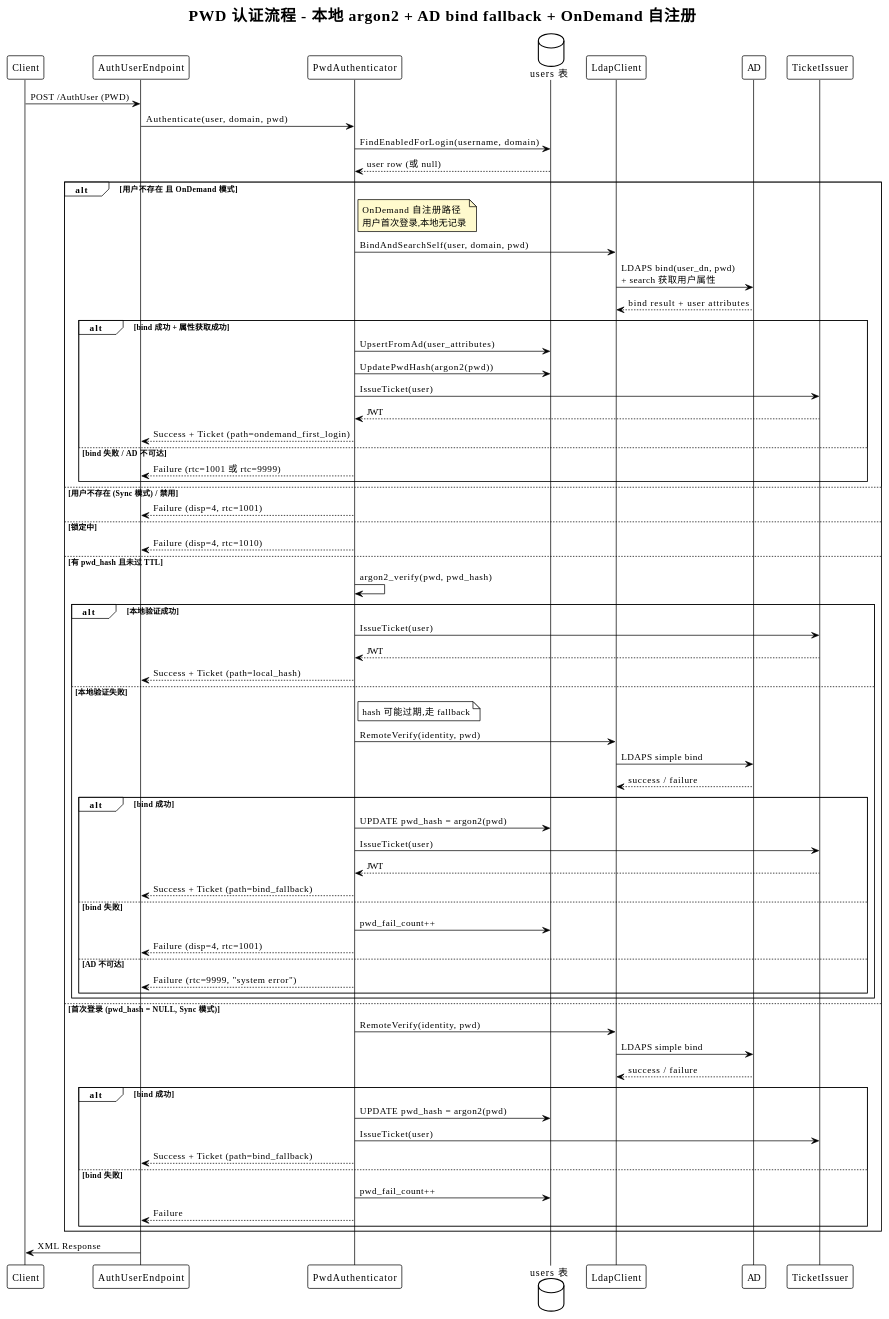
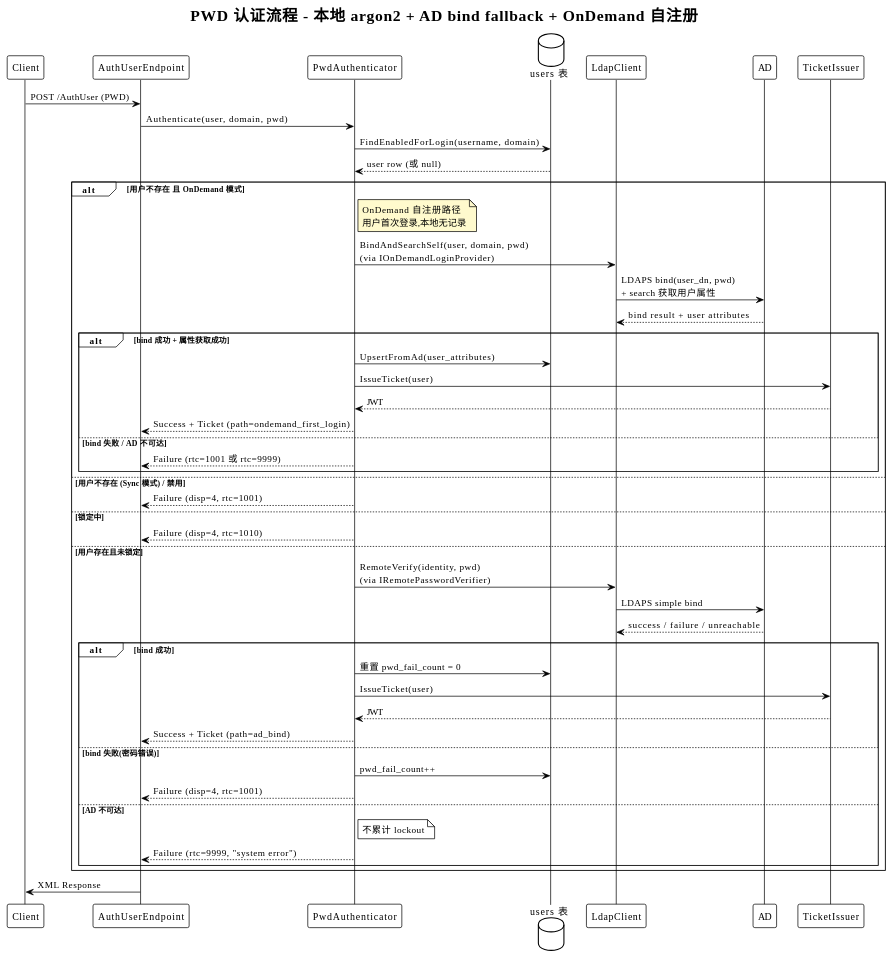
The second of 4 diagrams in ImprivataProxy/designdoc/LDAP.md (shamexln/ldap), drawn with PlantUML before and after one commit. The commit also changed other lines of this file and 39 other files, not shown here.

First line of the commit message:
refactor: remove password hash from local DB, pure AD on-demand auth

````diff
--- a/ImprivataProxy/designdoc/LDAP.md
+++ b/ImprivataProxy/designdoc/LDAP.md
@@ -318,81 +319,61 @@
 ```plantuml
 @startuml pwd-flow
 !theme plain
 title PWD 认证流程 - 本地 argon2 + AD bind fallback + OnDemand 自注册
 
 skinparam backgroundColor white
 skinparam shadowing false
 
 participant "Client" as C
 participant "AuthUserEndpoint" as E
 participant "PwdAuthenticator" as A
 database "users 表" as DB
 participant "LdapClient" as L
 participant "AD" as AD
 participant "TicketIssuer" as T
 
 C -> E : POST /AuthUser (PWD)
 E -> A : Authenticate(user, domain, pwd)
 
 A -> DB : FindEnabledForLogin(username, domain)
 DB --> A : user row (或 null)
 
 alt 用户不存在 且 OnDemand 模式
   note right of A #FFFACD: OnDemand 自注册路径\n用户首次登录,本地无记录
-  A -> L : BindAndSearchSelf(user, domain, pwd)
+  A -> L : BindAndSearchSelf(user, domain, pwd)\n(via IOnDemandLoginProvider)
   L -> AD : LDAPS bind(user_dn, pwd)\n+ search 获取用户属性
   AD --> L : bind result + user attributes
   alt bind 成功 + 属性获取成功
     A -> DB : UpsertFromAd(user_attributes)
-    A -> DB : UpdatePwdHash(argon2(pwd))
     A -> T : IssueTicket(user)
     T --> A : JWT
     A --> E : Success + Ticket (path=ondemand_first_login)
   else bind 失败 / AD 不可达
     A --> E : Failure (rtc=1001 或 rtc=9999)
   end
 else 用户不存在 (Sync 模式) / 禁用
   A --> E : Failure (disp=4, rtc=1001)
 else 锁定中
   A --> E : Failure (disp=4, rtc=1010)
-else 有 pwd_hash 且未过 TTL
-  A -> A : argon2_verify(pwd, pwd_hash)
-  alt 本地验证成功
+else 用户存在且未锁定
+  A -> L : RemoteVerify(identity, pwd)\n(via IRemotePasswordVerifier)
+  L -> AD : LDAPS simple bind
+  AD --> L : success / failure / unreachable
+  alt bind 成功
+    A -> DB : 重置 pwd_fail_count = 0
     A -> T : IssueTicket(user)
     T --> A : JWT
-    A --> E : Success + Ticket (path=local_hash)
-  else 本地验证失败
-    note right of A: hash 可能过期,走 fallback
-    A -> L : RemoteVerify(identity, pwd)
-    L -> AD : LDAPS simple bind
-    AD --> L : success / failure
-    alt bind 成功
-      A -> DB : UPDATE pwd_hash = argon2(pwd)
-      A -> T : IssueTicket(user)
-      T --> A : JWT
-      A --> E : Success + Ticket (path=bind_fallback)
-    else bind 失败
-      A -> DB : pwd_fail_count++
-      A --> E : Failure (disp=4, rtc=1001)
-    else AD 不可达
-      A --> E : Failure (rtc=9999, "system error")
-    end
-  end
-else 首次登录 (pwd_hash = NULL, Sync 模式)
-  A -> L : RemoteVerify(identity, pwd)
-  L -> AD : LDAPS simple bind
-  AD --> L : success / failure
-  alt bind 成功
-    A -> DB : UPDATE pwd_hash = argon2(pwd)
-    A -> T : IssueTicket(user)
-    A --> E : Success + Ticket (path=bind_fallback)
-  else bind 失败
+    A --> E : Success + Ticket (path=ad_bind)
+  else bind 失败(密码错误)
     A -> DB : pwd_fail_count++
-    A --> E : Failure
+    A --> E : Failure (disp=4, rtc=1001)
+  else AD 不可达
+    note right of A: 不累计 lockout
+    A --> E : Failure (rtc=9999, "system error")
   end
 end
 
 E -> C : XML Response
 
 @enduml
 ```
````
